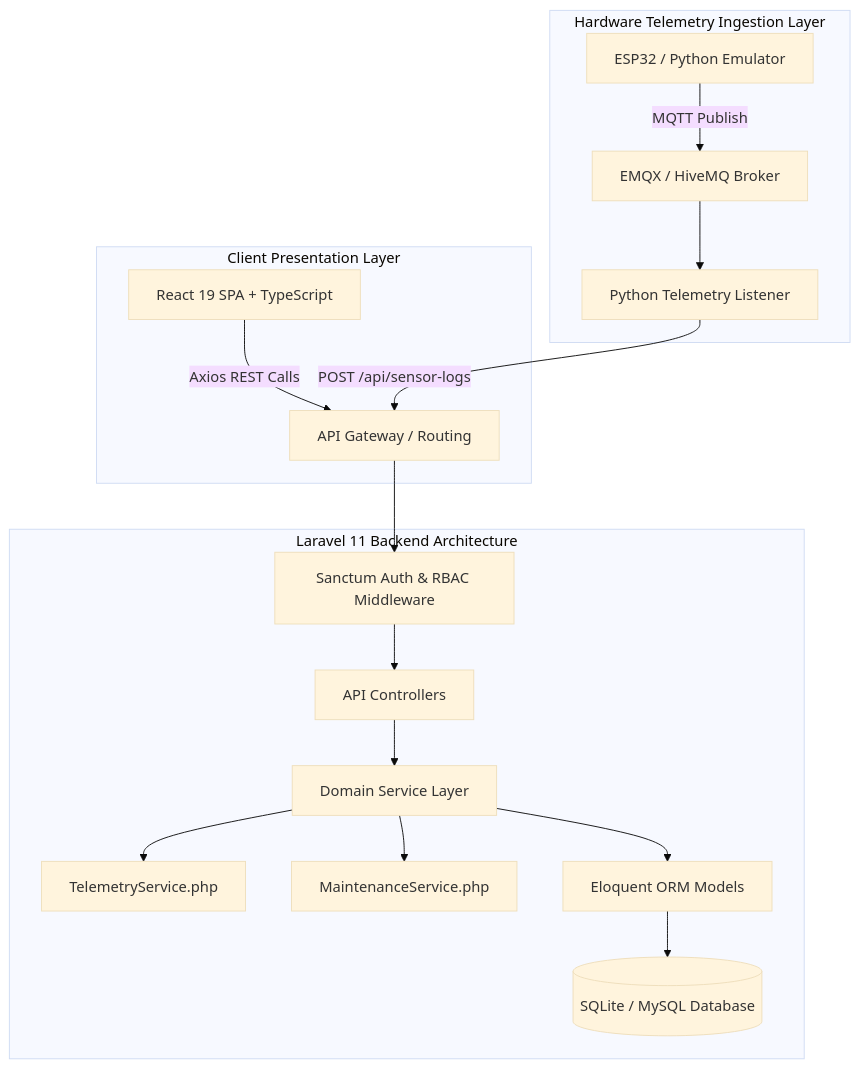
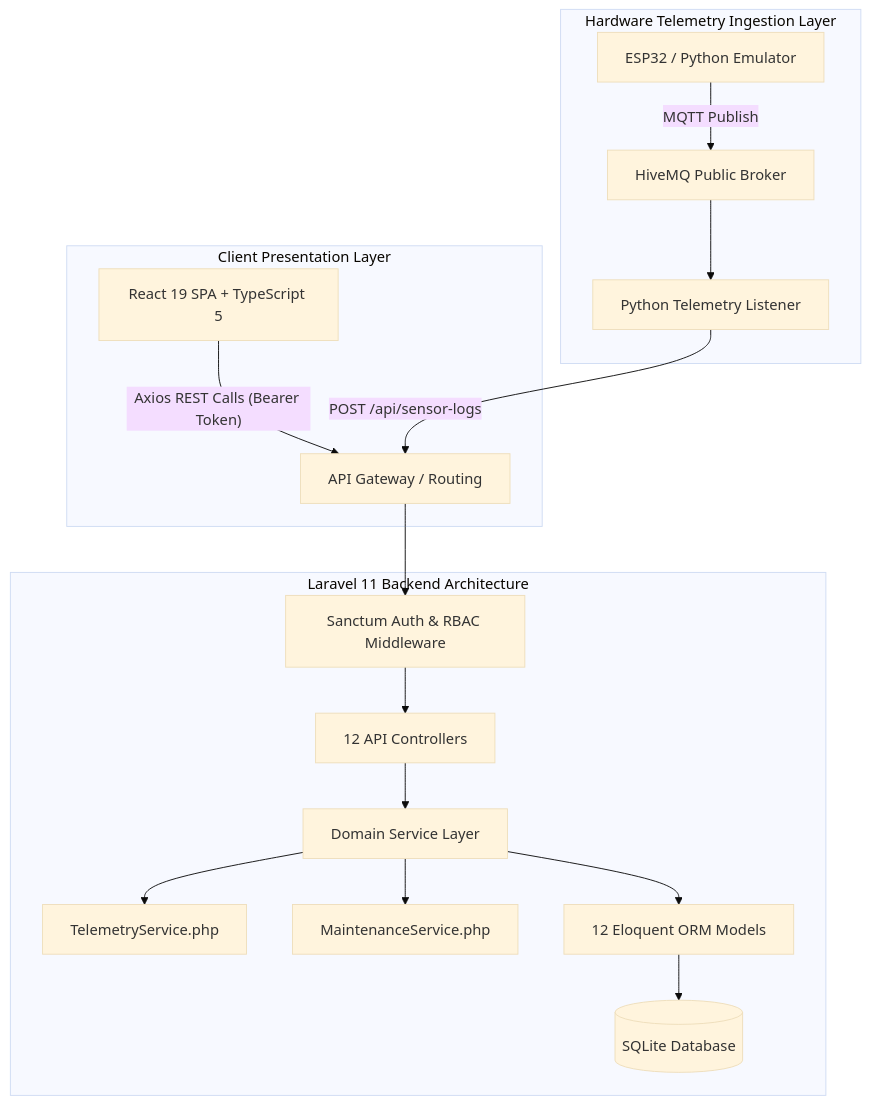
The first of 2 diagrams in docs/LAPORAN_SISTEM_LETSENS_2026.md (makerindo-repository/letsens), drawn with Mermaid (base theme) before and after one commit. The commit also changed other lines of this file, not shown here.

Commit message:
docs: rewrite QC report with 100% verified data — fixed broker (hivemq), fixed seeder (6 accounts), fixed RBAC matrix, added all 21 views, actual build/test metrics

````diff
--- a/docs/LAPORAN_SISTEM_LETSENS_2026.md
+++ b/docs/LAPORAN_SISTEM_LETSENS_2026.md
@@ -43,22 +44,22 @@
 ```mermaid
 graph TD
     subgraph Client Presentation Layer
-        React[React 19 SPA + TypeScript] -->|Axios REST Calls| Gateway[API Gateway / Routing]
+        React["React 19 SPA + TypeScript 5"] -->|"Axios REST Calls (Bearer Token)"| Gateway["API Gateway / Routing"]
     end
 
-    subgraph Laravel 11 Backend Architecture
-        Gateway --> Sanctum[Sanctum Auth & RBAC Middleware]
-        Sanctum --> Controllers[API Controllers]
-        Controllers --> Services[Domain Service Layer]
-        Services --> TelemetrySvc[TelemetryService.php]
-        Services --> MaintSvc[MaintenanceService.php]
-        Services --> Models[Eloquent ORM Models]
-        Models --> DB[(SQLite / MySQL Database)]
+    subgraph "Laravel 11 Backend Architecture"
+        Gateway --> Sanctum["Sanctum Auth & RBAC Middleware"]
+        Sanctum --> Controllers["12 API Controllers"]
+        Controllers --> Services["Domain Service Layer"]
+        Services --> TelemetrySvc["TelemetryService.php"]
+        Services --> MaintSvc["MaintenanceService.php"]
+        Services --> Models["12 Eloquent ORM Models"]
+        Models --> DB[("SQLite Database")]
     end
 
     subgraph Hardware Telemetry Ingestion Layer
-        ESP32[ESP32 / Python Emulator] -->|MQTT Publish| Broker[EMQX / HiveMQ Broker]
-        Broker --> Daemon[Python Telemetry Listener]
-        Daemon -->|POST /api/sensor-logs| Gateway
+        ESP32["ESP32 / Python Emulator"] -->|"MQTT Publish"| Broker["HiveMQ Public Broker"]
+        Broker --> Daemon["Python Telemetry Listener"]
+        Daemon -->|"POST /api/sensor-logs"| Gateway
     end
 ```
````
